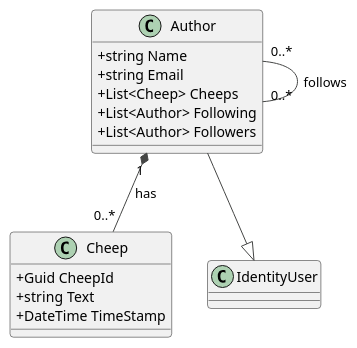
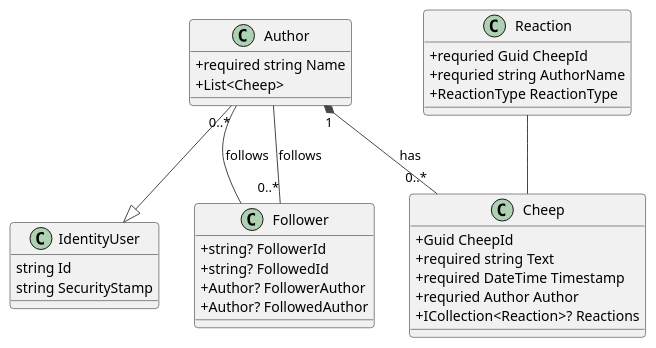
One commit to ITU-BDSA23-GROUP25/Chirp changed the diagram in docs/diagrams/DomainModel.puml. Above: the diagram before and after it, drawn with PlantUML.

Commit message:
1 more diagram

```diff
--- a/docs/diagrams/DomainModel.puml
+++ b/docs/diagrams/DomainModel.puml
@@ -1,28 +1,44 @@
 @startuml
 !theme vibrant
 skinparam classAttributeIconSize 0
 
 ' Define the classes
 class Author {
-    +string Name
-    +string Email
-    +List<Cheep> Cheeps
-    +List<Author> Following
-    +List<Author> Followers
+  + required string Name
+  + List<Cheep>
 }
 
 class Cheep {
-    +Guid CheepId
-    +string Text
-    +DateTime TimeStamp
+  + Guid CheepId
+  + required string Text
+  + required DateTime Timestamp
+  + requried Author Author
+  + ICollection<Reaction>? Reactions
+}
+
+class Reaction{
+  + requried Guid CheepId
+  + requried string AuthorName
+  + ReactionType ReactionType
 }
 
 class IdentityUser {
+  string Id
+  string SecurityStamp
+}
+
+class Follower{
+  + string? FollowerId
+  + string? FollowedId
+  + Author? FollowerAuthor
+  + Author? FollowedAuthor
 }
 
 ' Define relationships
 Author "1" *-- "0..*" Cheep : has
 Author --|> IdentityUser
-Author "0..*" -- "0..*" Author : follows
+Author "0..*" -- Follower: follows
+Follower "0..*" -- Author: follows
+Reaction -- Cheep
 
 @enduml
```
